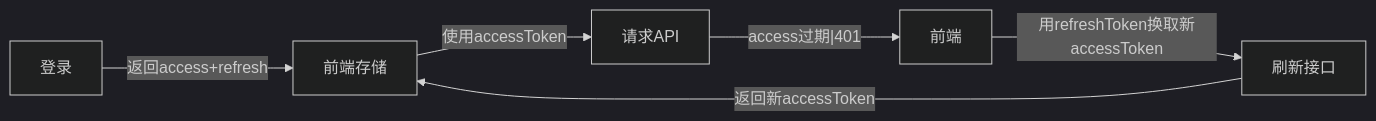
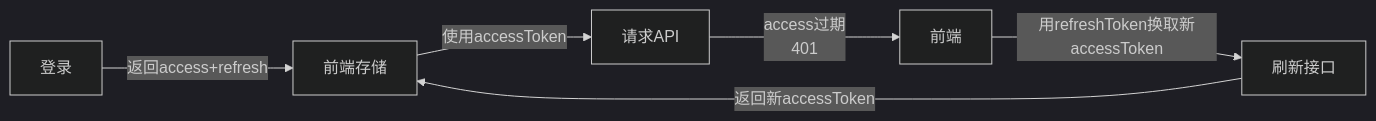
Before and after one commit to before80/prgms: diagram 26 of 31 in content/Js/basic/Chapter-38-web-security.md, drawn with Mermaid (dark theme). The commit also changed other lines of this file and 1645 other files, not shown here.

````diff
--- a/content/Js/basic/Chapter-38-web-security.md
+++ b/content/Js/basic/Chapter-38-web-security.md
@@ -2273,8 +2273,8 @@
 ```mermaid
 graph LR
     A["登录"] -->|"返回access+refresh"| B["前端存储"]
     B -->|"使用accessToken"| C["请求API"]
-    C -->|"access过期|401"| D["前端"]
+    C -->|"access过期<br/>401"| D["前端"]
     D -->|"用refreshToken换取新accessToken"| E["刷新接口"]
     E -->|"返回新accessToken"| B
 ```
````
